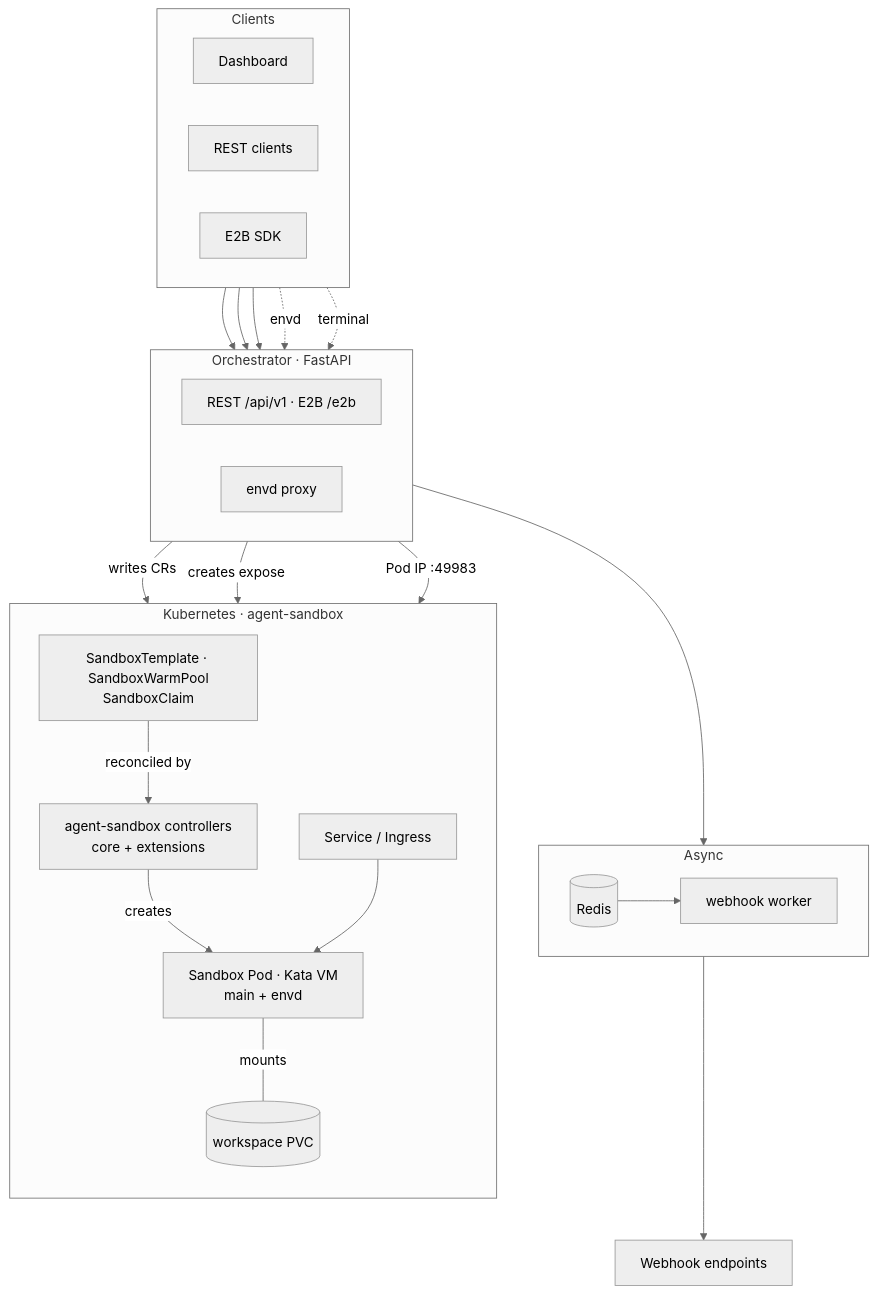
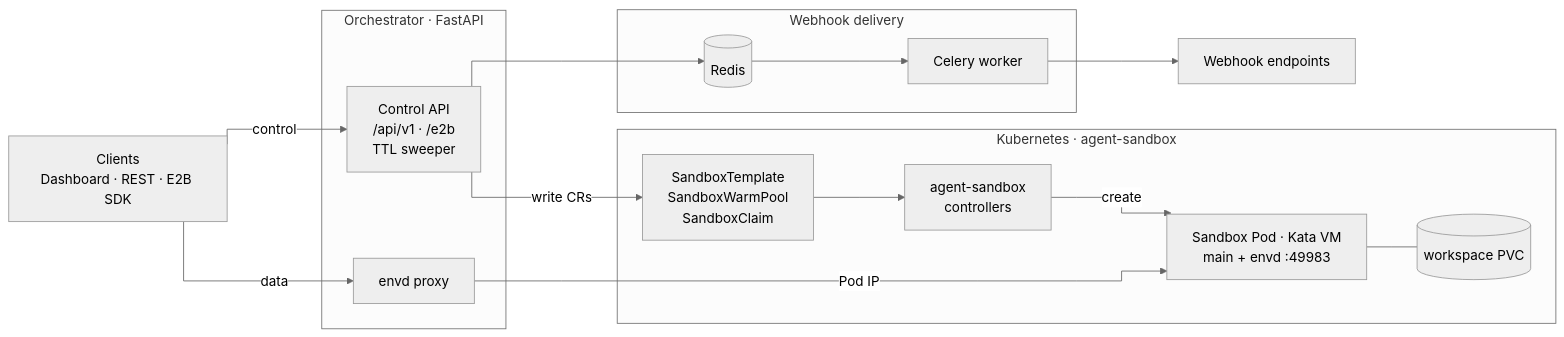
The diagram in README.md (iwrs712/litterbox), drawn with Mermaid (neutral theme) before and after one commit. The commit also changed 1 other file, not shown here.

Commit message:
docs: draw the README architecture as left-to-right lanes
Collapse clients into one node, drop the expose and isolation side nodes,
and use orthogonal edges so the control, data and webhook paths run as
parallel lanes without crossing.

````diff
--- a/README.md
+++ b/README.md
@@ -55,50 +55,31 @@
 ```mermaid
-flowchart TB
-    subgraph Clients["Clients"]
-        direction LR
-        Dashboard["Dashboard"]
-        RestClient["REST clients"]
-        Sdk["E2B SDK"]
-    end
+%%{init: {"flowchart": {"curve": "stepBefore", "nodeSpacing": 40, "rankSpacing": 60}}}%%
+flowchart LR
+    Client["Clients<br/>Dashboard · REST · E2B SDK"]
 
-    subgraph Control["Orchestrator · FastAPI"]
-        direction LR
-        API["REST /api/v1 · E2B /e2b"]
+    subgraph Orchestrator["Orchestrator · FastAPI"]
+        API["Control API<br/>/api/v1 · /e2b<br/>TTL sweeper"]
         Proxy["envd proxy"]
     end
 
-    subgraph Async["Async"]
-        direction LR
+    subgraph Async["Webhook delivery"]
         Redis[("Redis")]
-        Worker["webhook worker"]
+        Worker["Celery worker"]
     end
 
-    subgraph K8s["Kubernetes · agent-sandbox"]
-        direction TB
-        CR["SandboxTemplate · SandboxWarmPool\nSandboxClaim"]
-        AS["agent-sandbox controllers\ncore + extensions"]
-        Pod["Sandbox Pod · Kata VM\nmain + envd"]
+    subgraph Cluster["Kubernetes · agent-sandbox"]
+        CRs["SandboxTemplate<br/>SandboxWarmPool<br/>SandboxClaim"]
+        Ctrl["agent-sandbox<br/>controllers"]
+        Pod["Sandbox Pod · Kata VM<br/>main + envd :49983"]
         PVC[("workspace PVC")]
-        Ingress["Service / Ingress"]
     end
 
     Hook["Webhook endpoints"]
 
-    Dashboard --> API
-    RestClient --> API
-    Sdk --> API
-    Sdk -.->|"envd"| Proxy
-    Dashboard -.->|"terminal"| Proxy
-
-    API -->|"writes CRs"| CR
-    CR -->|"reconciled by"| AS
-    AS -->|"creates"| Pod
-    Pod ---|"mounts"| PVC
-    API -->|"creates expose"| Ingress
-    Ingress --> Pod
-    Proxy -->|"Pod IP :49983"| Pod
-
-    API --> Redis
-    Redis --> Worker
-    Worker --> Hook
+    API --> Redis --> Worker --> Hook
+    Client -->|"control"| API
+    API -->|"write CRs"| CRs --> Ctrl -->|"create"| Pod
+    Client -->|"data"| Proxy
+    Proxy -->|"Pod IP"| Pod
+    Pod --- PVC
 ```
````
